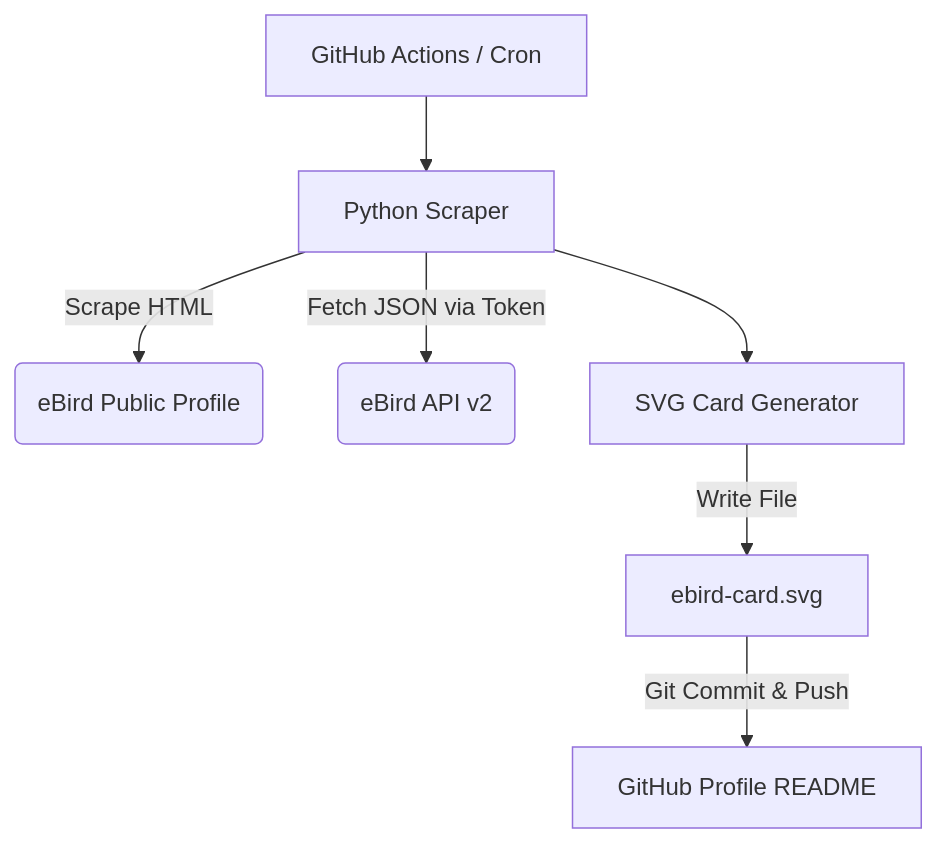
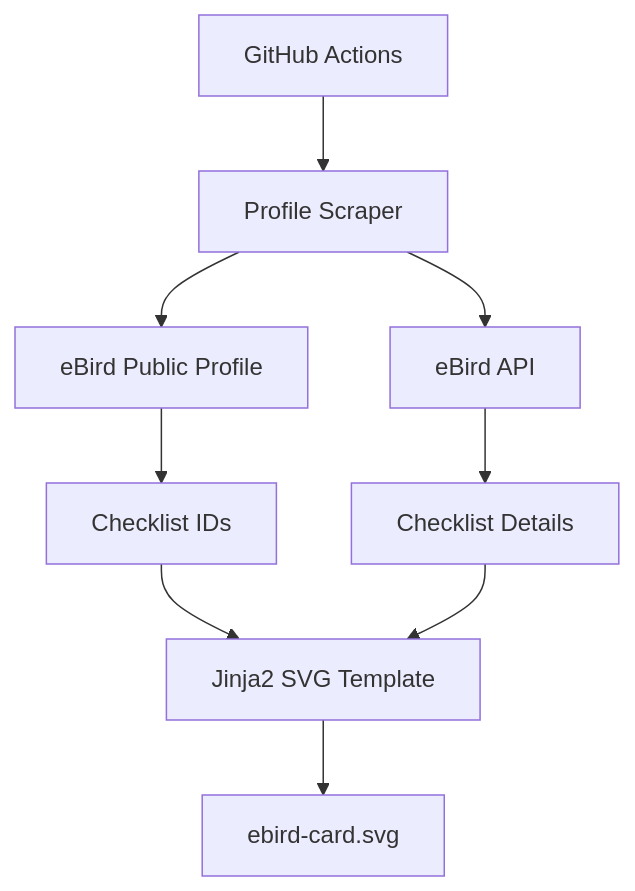
One commit to oseconds/eBird-card changed the diagram in README.asciidoc. Above: the diagram before and after it, drawn with Mermaid. The commit also changed other lines of this file, not shown here.

```diff
--- a/README.asciidoc
+++ b/README.asciidoc
@@ -15,10 +30,12 @@
 [mermaid]
 ....
 graph TD
-    A[GitHub Actions / Cron] --> B[Python Scraper]
-    B -->|Scrape HTML| C(eBird Public Profile)
-    B -->|Fetch JSON via Token| D(eBird API v2)
-    B --> E[SVG Card Generator]
-    E -->|Write File| F[ebird-card.svg]
-    F -->|Git Commit & Push| G[GitHub Profile README]
+A[GitHub Actions] --> B[Profile Scraper]
+B --> C[eBird Public Profile]
+B --> D[eBird API]
+C --> E[Checklist IDs]
+D --> F[Checklist Details]
+E --> G[Jinja2 SVG Template]
+F --> G
+G --> H[ebird-card.svg]
 ....
```
